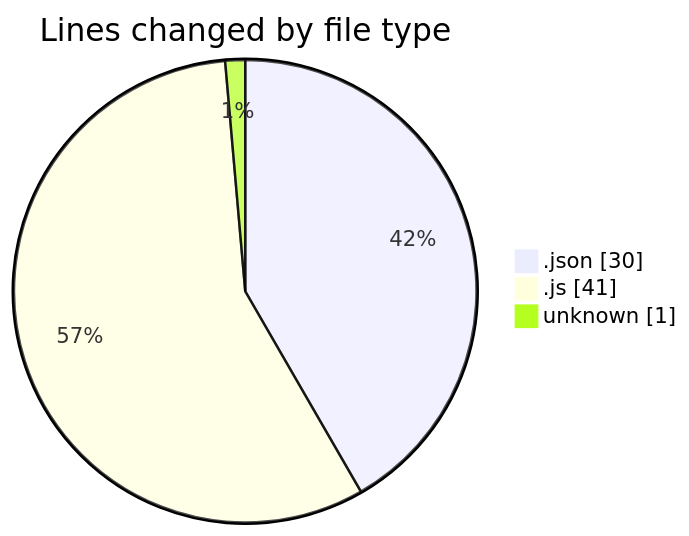
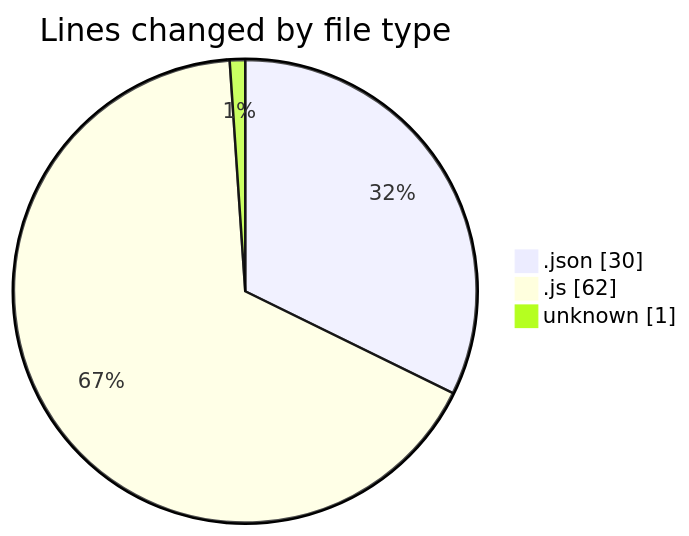
Before and after one commit to Ritupan-Deka/code-tracking: the first of 2 diagrams in 2025-07-16/mern-workoutboard/README.md, drawn with Mermaid. The commit also changed other lines of this file and 1 other file, not shown here.

````diff
--- a/2025-07-16/mern-workoutboard/README.md
+++ b/2025-07-16/mern-workoutboard/README.md
@@ -22,7 +22,7 @@
 ```mermaid
 pie showData
 title Lines changed by file type
 ".json" : 30
-".js" : 41
+".js" : 62
 "unknown" : 1
 ```
````
